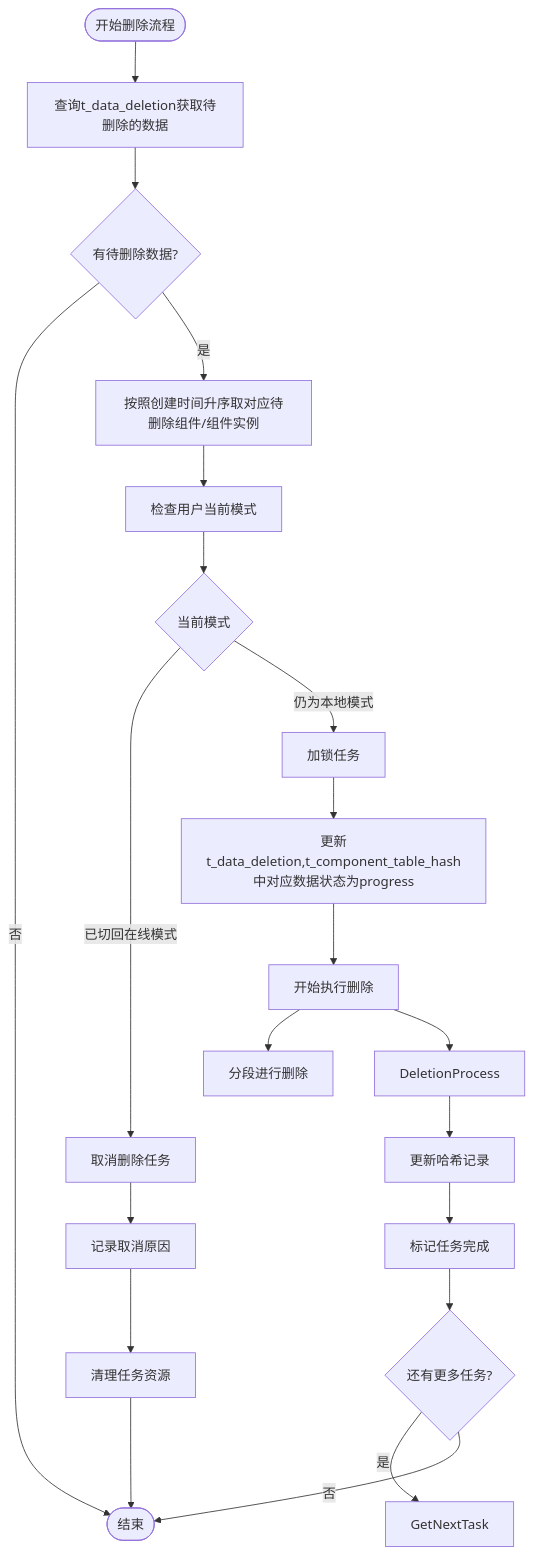
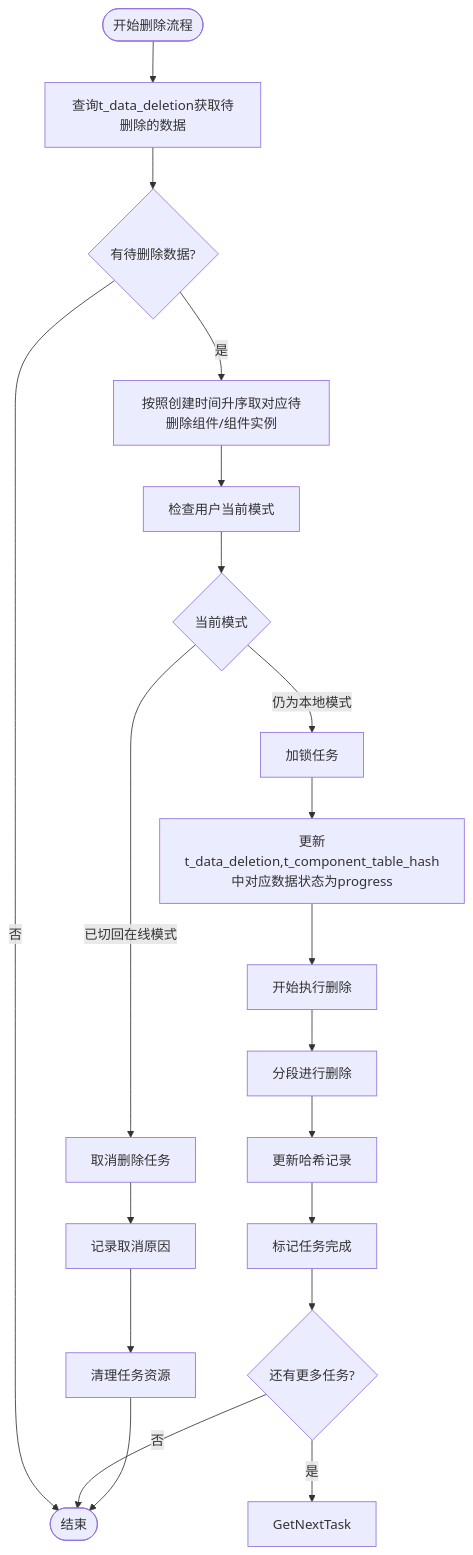
The diagram in all/未命名-51.md (yingjianzh/iodraw-files), drawn with Mermaid before and after one commit.

Commit message:
2025-05-08 15:31:08 update

````diff
--- a/all/未命名-51.md
+++ b/all/未命名-51.md
@@ -1,34 +1,31 @@
 ```mermaid
 flowchart TD
     Start([开始删除流程]) --> FetchTasks[查询t_data_deletion获取待删除的数据]
     FetchTasks --> HasTasks{有待删除数据?}
     
     HasTasks -->|否| End([结束])
     HasTasks -->|是| PrioritizeTasks[按照创建时间升序取对应待删除组件/组件实例]
     
     PrioritizeTasks --> CheckUserMode[检查用户当前模式]
     
     CheckUserMode --> CurrentMode{当前模式}
     CurrentMode -->|已切回在线模式| TaskCancel[取消删除任务]
     CurrentMode -->|仍为本地模式| LockTask[加锁任务]
     
     LockTask --> UpdateStatus[更新t_data_deletion,t_component_table_hash中对应数据状态为progress]
     UpdateStatus --> BeginDeletion[开始执行删除]
     
     BeginDeletion --> A[分段进行删除]
     
-    
-    BeginDeletion --> 
-    
-    DeletionProcess --> UpdateHashRecord[更新哈希记录]
+    A --> UpdateHashRecord[更新哈希记录]
     UpdateHashRecord --> MarkCompleted[标记任务完成]
     
     TaskCancel --> LogCancellation[记录取消原因]
     LogCancellation --> CleanupTask[清理任务资源]
     
     MarkCompleted --> CheckMoreTasks{还有更多任务?}
     CheckMoreTasks -->|是| GetNextTask
     CheckMoreTasks -->|否| End
     
     CleanupTask --> End
 ```
````
